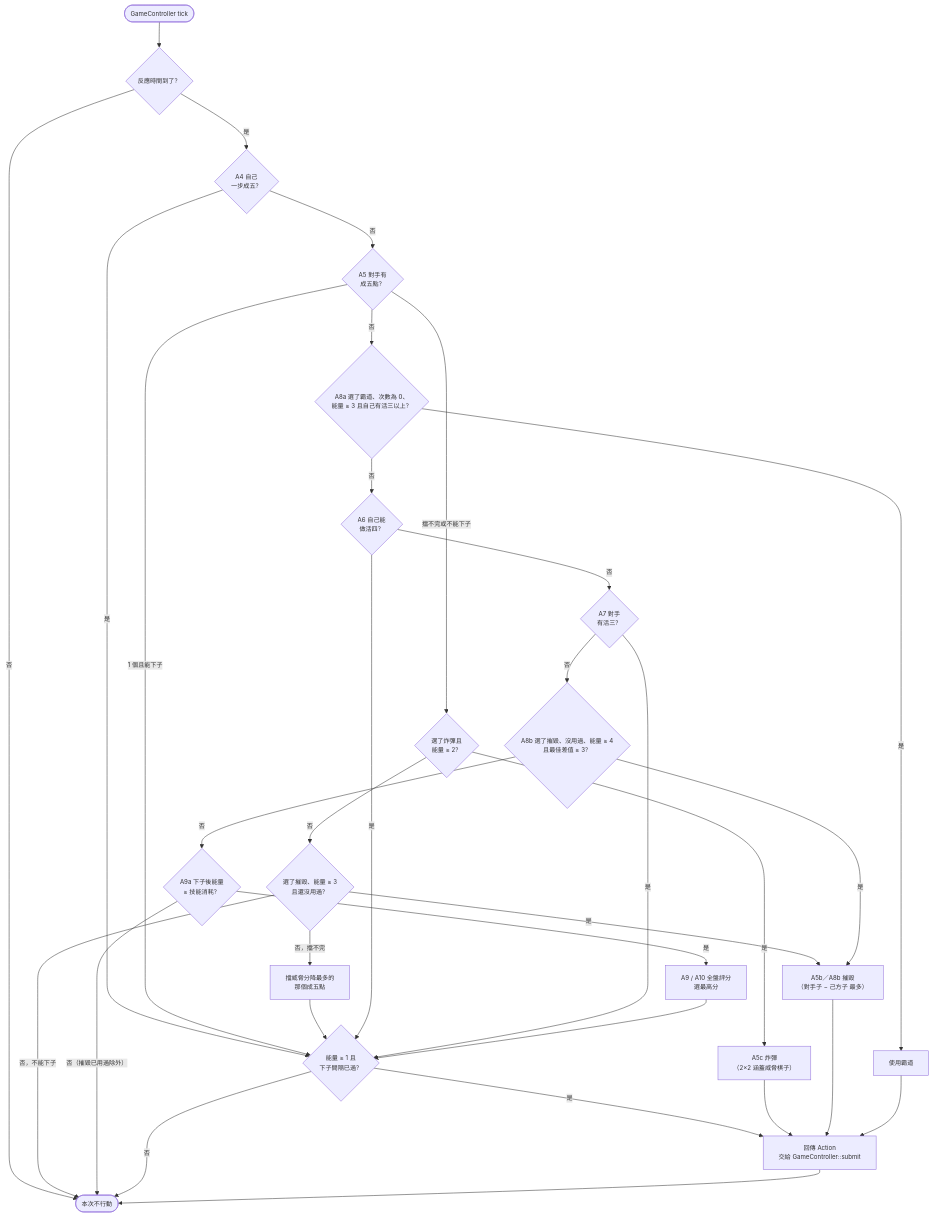
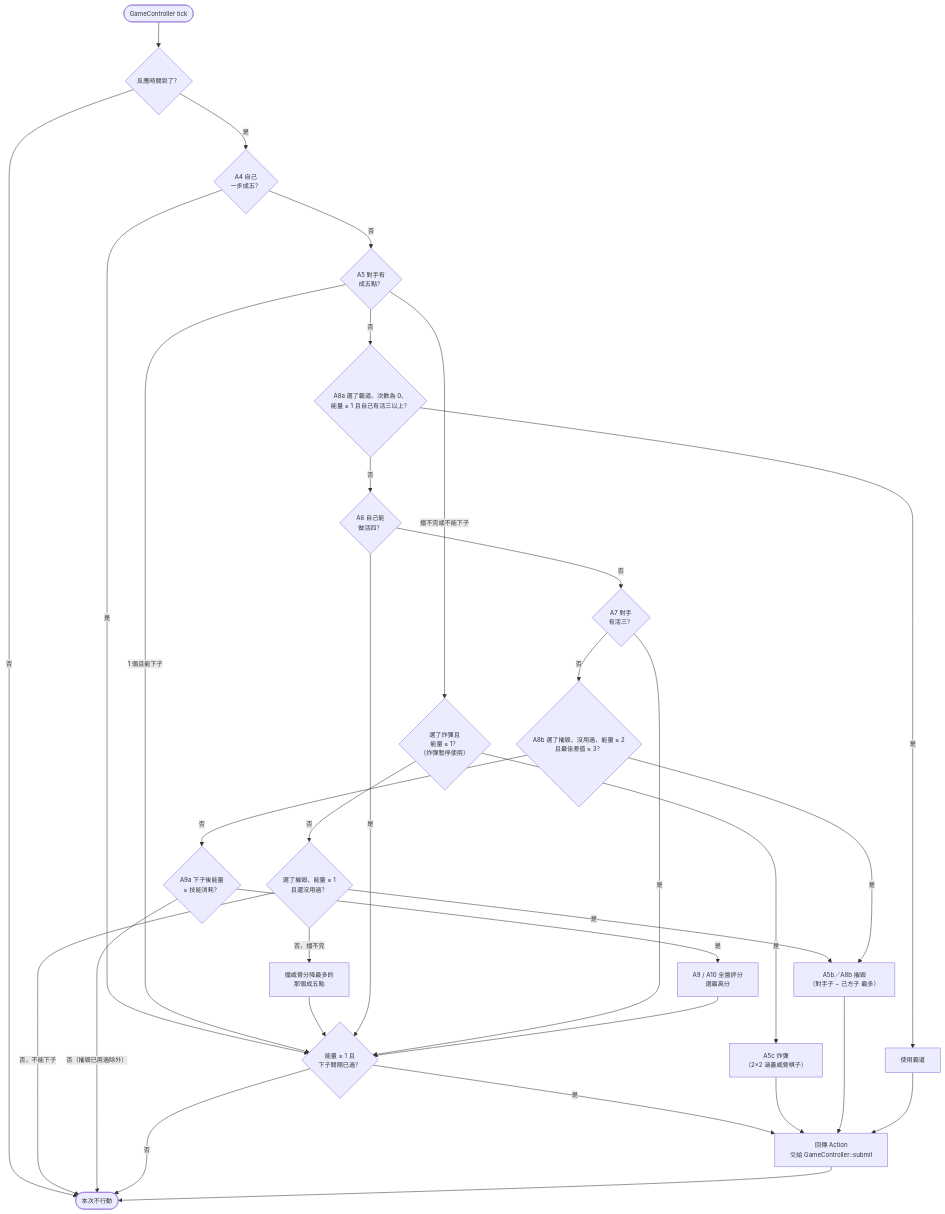
One commit to i0cRAY/gomoku_new changed the second of 2 diagrams in docs/design.md. Above: the diagram before and after it, drawn with Mermaid. The commit also changed other lines of this file and 15 other files, not shown here.

````diff
--- a/docs/design.md
+++ b/docs/design.md
@@ -396,36 +396,36 @@
 ```mermaid
 %%{init: {"flowchart": {"useMaxWidth": true}, "themeVariables": {"fontSize": "12px"}}}%%
 flowchart TD
 Place{"能量 ≥ 1 且<br/>下子間隔已過？"}
 Start([GameController tick]) --> Ready{"反應時間到了？"}
 Ready -->|否| End([本次不行動])
 Ready -->|是| Win{"A4 自己<br/>一步成五？"}
 Win -->|是| Place
 Win -->|否| Threat{"A5 對手有<br/>成五點？"}
 Threat -->|"1 個且能下子"| Place
-Threat -->|"擋不完或不能下子"| Bomb{"選了炸彈且<br/>能量 ≥ 2？"}
+Threat -->|"擋不完或不能下子"| Bomb{"選了炸彈且<br/>能量 ≥ 1？<br/>（炸彈暫停使用）"}
 Bomb -->|是| UseBomb["A5c 炸彈<br/>（2×2 涵蓋威脅棋子）"]
-Bomb -->|否| Destroy{"選了摧毀、能量 ≥ 3<br/>且還沒用過？"}
+Bomb -->|否| Destroy{"選了摧毀、能量 ≥ 1<br/>且還沒用過？"}
 Destroy -->|是| UseDestroy["A5b／A8b 摧毀<br/>（對手子 − 己方子 最多）"]
 Destroy -->|"否，擋不完"| BlockOne["擋威脅分降最多的<br/>那個成五點"]
 Destroy -->|"否，不能下子"| End
 BlockOne --> Place
-Threat -->|否| Dom{"A8a 選了霸道、次數為 0、<br/>能量 ≥ 3 且自己有活三以上？"}
+Threat -->|否| Dom{"A8a 選了霸道、次數為 0、<br/>能量 ≥ 1 且自己有活三以上？"}
 Dom -->|是| UseDom[使用霸道]
 Dom -->|否| Four{"A6 自己能<br/>做活四？"}
 Four -->|是| Place
 Four -->|否| Three{"A7 對手<br/>有活三？"}
 Three -->|是| Place
-Three -->|否| Gain{"A8b 選了摧毀、沒用過、能量 ≥ 4<br/>且最佳差值 ≥ 3？"}
+Three -->|否| Gain{"A8b 選了摧毀、沒用過、能量 ≥ 2<br/>且最佳差值 ≥ 3？"}
 Gain -->|是| UseDestroy
 Gain -->|否| Reserve{"A9a 下子後能量<br/>≥ 技能消耗？"}
 Reserve -->|"否（摧毀已用過除外）"| End
 Reserve -->|是| Eval["A9 / A10 全盤評分<br/>選最高分"]
 Eval --> Place
 Place -->|是| Send["回傳 Action<br/>交給 GameController::submit"]
 Place -->|否| End
 UseBomb --> Send
 UseDestroy --> Send
 UseDom --> Send
 Send --> End
 ```
````
